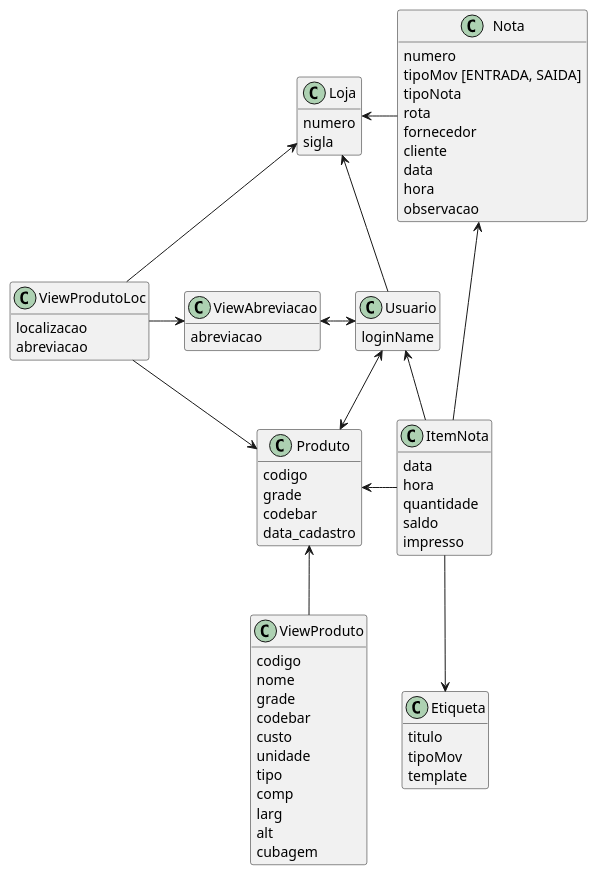
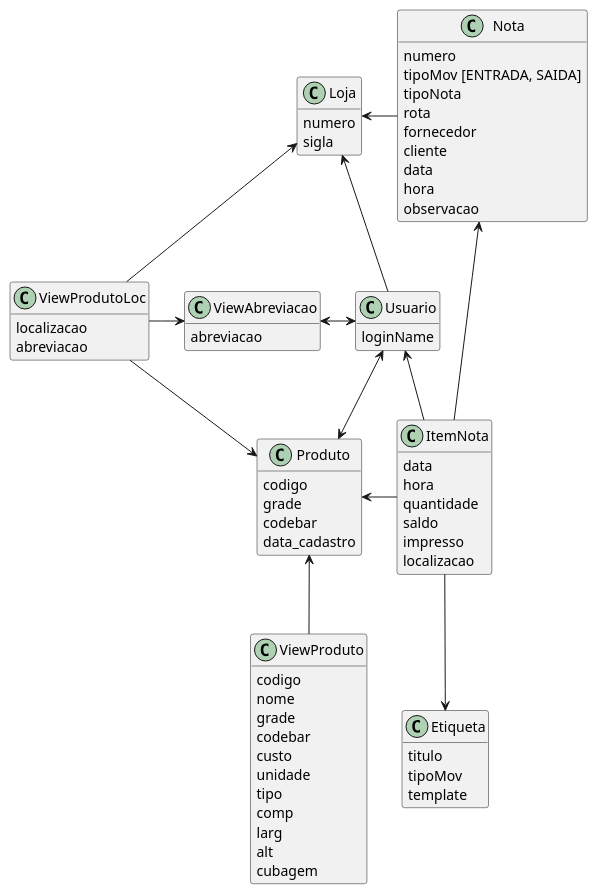
The diagram in diagramas/modelo2.puml (ivaneyvieira/engEstoque-Archive), drawn with PlantUML before and after one commit. The commit also changed 19 other files, not shown here.

```diff
--- a/diagramas/modelo2.puml
+++ b/diagramas/modelo2.puml
@@ -1,83 +1,84 @@
 @startuml modelo
 hide methods
 
 class Produto {
 	codigo
 	grade
 	codebar
 	data_cadastro
 }
 
 class ItemNota {
 	data
 	hora
 	quantidade
 	saldo
 	impresso
+	localizacao
 }
 
 class Nota {
 	numero
 	tipoMov [ENTRADA, SAIDA]
 	tipoNota
 	rota
 	fornecedor
 	cliente
 	data
 	hora
 	observacao
 }
 
 class Loja {
 	numero
 	sigla
 }
 
 class ViewProdutoLoc {
 	localizacao
 	abreviacao
 }
 
 class ViewAbreviacao {
 	abreviacao
 }
 
 class Usuario {
 	loginName
 }
 
 class Etiqueta {
 	titulo
 	tipoMov
 	template
 }
 
 class ViewProduto{
 	codigo
 	nome
 	grade
 	codebar
 	custo
 	unidade
 	tipo
 	comp
 	larg
 	alt 
 	cubagem
 }
 
 
 ItemNota		-u->		Nota
 ItemNota		-l->		Produto
 Nota			-l->		Loja
 Usuario			-u->		Loja
 Usuario			<-d->		Produto
 ItemNota		-d->		Etiqueta
 ItemNota		-u->		Usuario
 ViewProduto		-u->		Produto
 ViewProdutoLoc	-u->		Loja
 ViewProdutoLoc	-d->		Produto
 
 ViewProdutoLoc	-r->		ViewAbreviacao
 ViewAbreviacao	<-r->		Usuario
 @enduml
```
